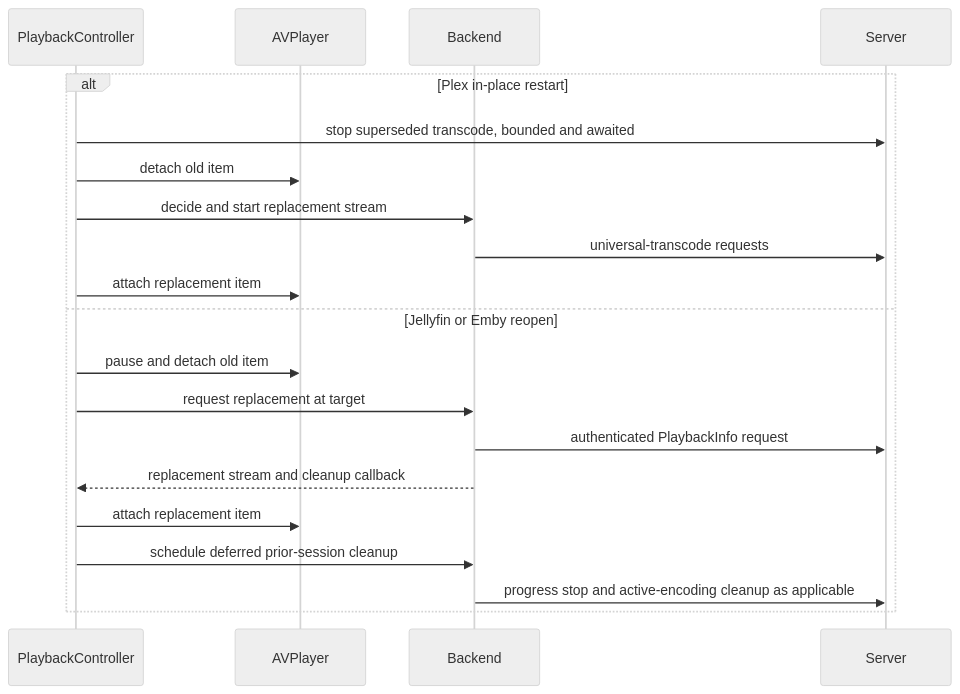
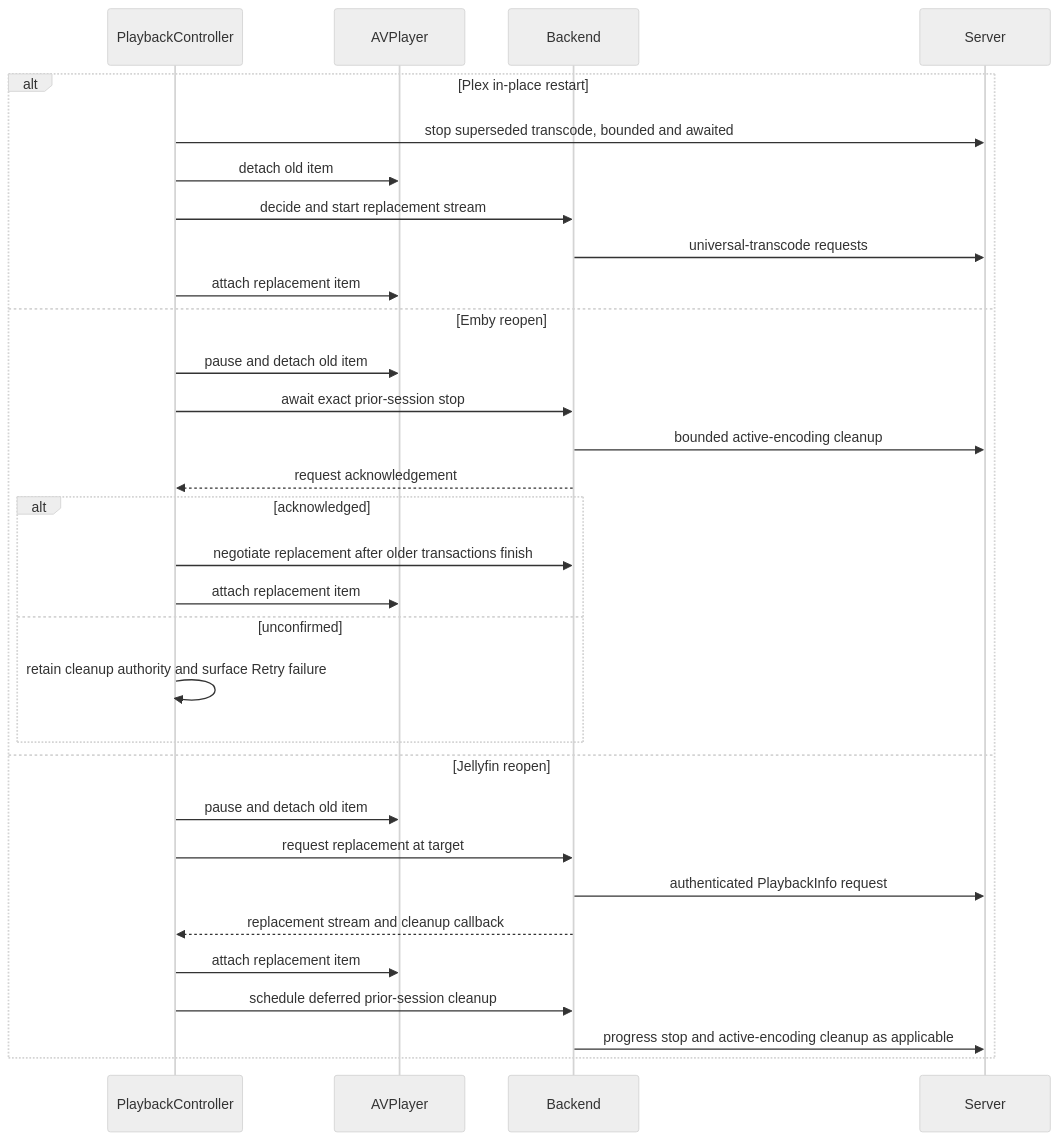
The second of 2 diagrams in docs/PLAYBACK-ARCHITECTURE.md (jlipworth/Labstream), drawn with Mermaid (neutral theme) before and after one commit. The commit also changed other lines of this file and 47 other files, not shown here.

````diff
--- a/docs/PLAYBACK-ARCHITECTURE.md
+++ b/docs/PLAYBACK-ARCHITECTURE.md
@@ -448,25 +455,36 @@
 ```mermaid
 sequenceDiagram
   accTitle: Backend replacement and cleanup ordering
-  accDescr: A Plex in-place restart first bounds and awaits the superseded transcode stop, detaches its now-dead item, starts the replacement session, and attaches the new item. Jellyfin and Emby first detach the old item, negotiate and attach the replacement, then defer the prior session and active-encoding cleanup so old resource loads cannot race the new playlist.
+  accDescr: A Plex in-place restart first bounds and awaits the superseded transcode stop, detaches its now-dead item, starts the replacement session, and attaches the new item. Emby detaches the old item and awaits acknowledged prior-session cleanup before negotiating its replacement; unconfirmed cleanup blocks replacement. Jellyfin detaches, replaces, then defers prior cleanup.
   participant PC as PlaybackController
   participant AV as AVPlayer
   participant Backend
   participant Server
 
   alt Plex in-place restart
     PC->>Server: stop superseded transcode, bounded and awaited
     PC->>AV: detach old item
     PC->>Backend: decide and start replacement stream
     Backend->>Server: universal-transcode requests
     PC->>AV: attach replacement item
-  else Jellyfin or Emby reopen
+  else Emby reopen
+    PC->>AV: pause and detach old item
+    PC->>Backend: await exact prior-session stop
+    Backend->>Server: bounded active-encoding cleanup
+    Backend-->>PC: request acknowledgement
+    alt acknowledged
+      PC->>Backend: negotiate replacement after older transactions finish
+      PC->>AV: attach replacement item
+    else unconfirmed
+      PC->>PC: retain cleanup authority and surface Retry failure
+    end
+  else Jellyfin reopen
     PC->>AV: pause and detach old item
     PC->>Backend: request replacement at target
     Backend->>Server: authenticated PlaybackInfo request
     Backend-->>PC: replacement stream and cleanup callback
     PC->>AV: attach replacement item
     PC->>Backend: schedule deferred prior-session cleanup
     Backend->>Server: progress stop and active-encoding cleanup as applicable
   end
 ```
````
